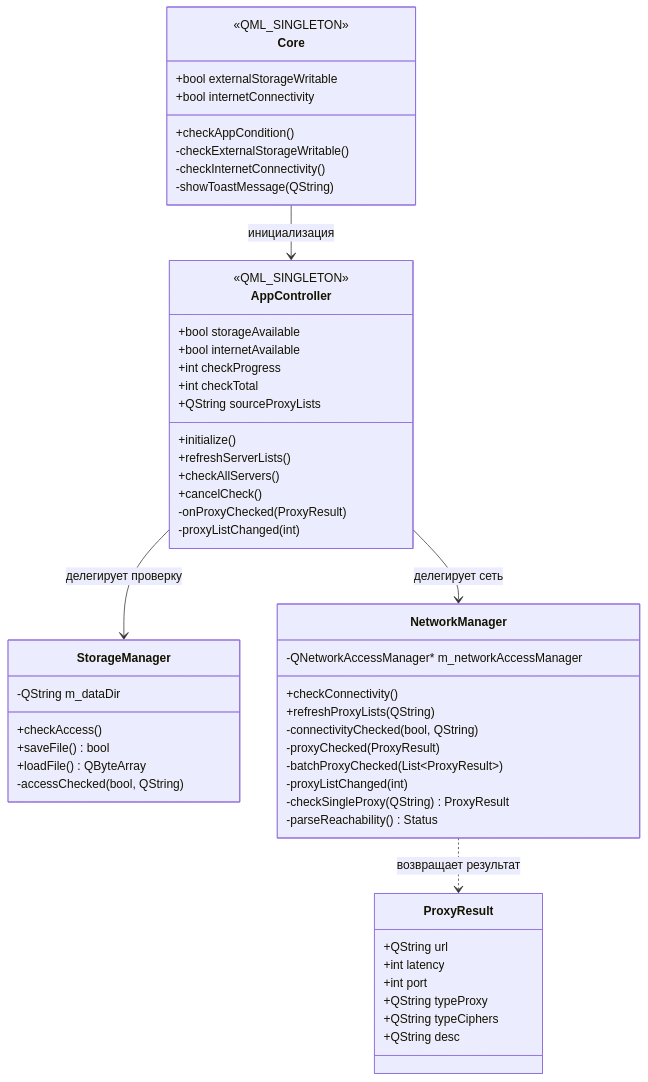
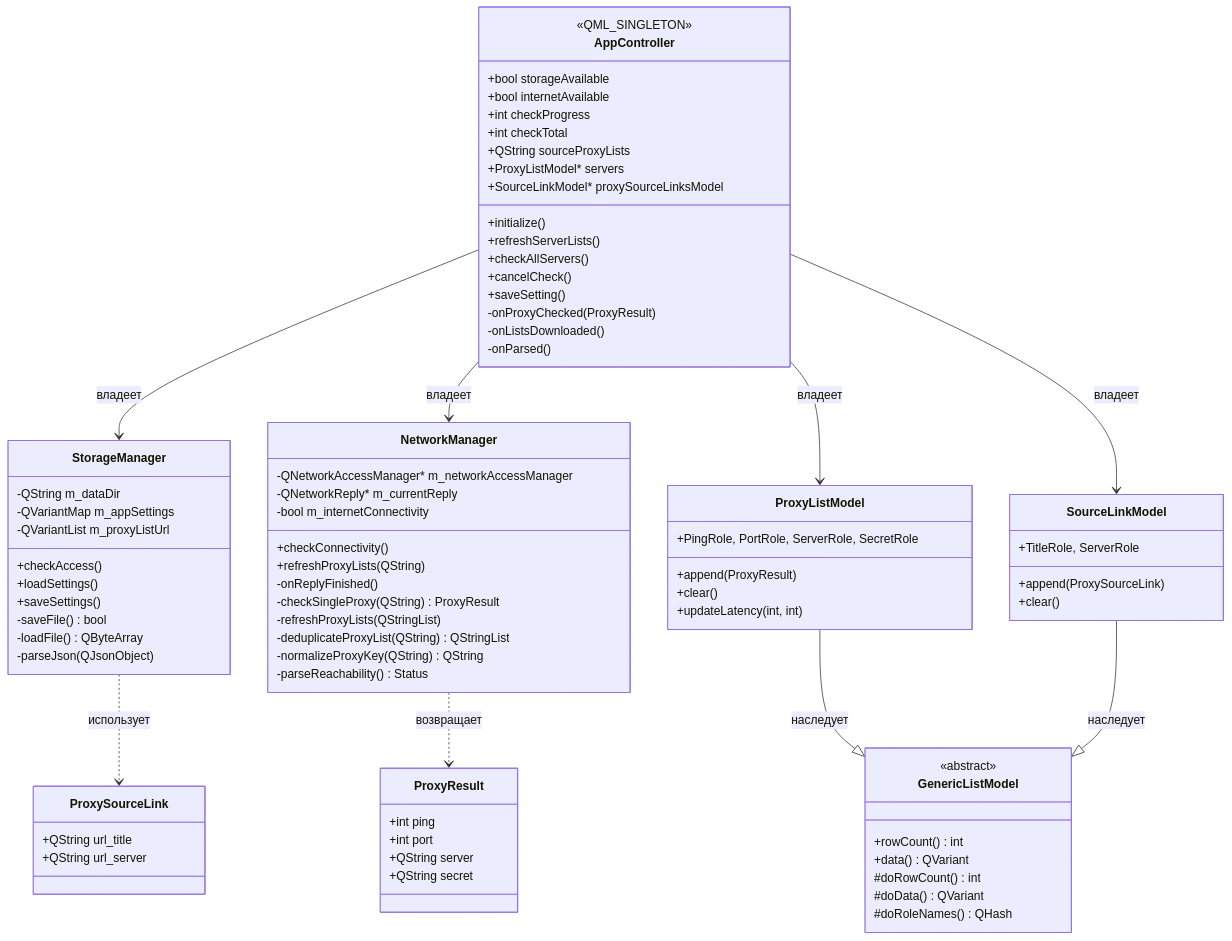
The first of 2 diagrams in docs/audit_core_plugin.md (ZanyXDev/MTProxyInspector), drawn with Mermaid before and after one commit. The commit also changed other lines of this file and 4 other files, not shown here.

````diff
--- a/docs/audit_core_plugin.md
+++ b/docs/audit_core_plugin.md
@@ -14,15 +14,5 @@
 ```mermaid
 classDiagram
-    class Core {
-        <<QML_SINGLETON>>
-        +bool externalStorageWritable
-        +bool internetConnectivity
-        +checkAppCondition()
-        -checkExternalStorageWritable()
-        -checkInternetConnectivity()
-        -showToastMessage(QString)
-    }
-
     class AppController {
         <<QML_SINGLETON>>
         +bool storageAvailable
@@ -30,45 +20,84 @@
         +int checkProgress
         +int checkTotal
         +QString sourceProxyLists
+        +ProxyListModel* servers
+        +SourceLinkModel* proxySourceLinksModel
         +initialize()
         +refreshServerLists()
         +checkAllServers()
         +cancelCheck()
+        +saveSetting()
         -onProxyChecked(ProxyResult)
-        -proxyListChanged(int)
+        -onListsDownloaded()
+        -onParsed()
     }
 
     class StorageManager {
         -QString m_dataDir
+        -QVariantMap m_appSettings
+        -QVariantList m_proxyListUrl
         +checkAccess()
-        +saveFile() bool
-        +loadFile() QByteArray
-        -accessChecked(bool, QString)
+        +loadSettings()
+        +saveSettings()
+        -saveFile() bool
+        -loadFile() QByteArray
+        -parseJson(QJsonObject)
     }
 
     class NetworkManager {
         -QNetworkAccessManager* m_networkAccessManager
+        -QNetworkReply* m_currentReply
+        -bool m_internetConnectivity
         +checkConnectivity()
         +refreshProxyLists(QString)
-        -connectivityChecked(bool, QString)
-        -proxyChecked(ProxyResult)
-        -batchProxyChecked(List~ProxyResult~)
-        -proxyListChanged(int)
+        -onReplyFinished()
         -checkSingleProxy(QString) ProxyResult
+        -refreshProxyLists(QStringList)
+        -deduplicateProxyList(QString) QStringList
+        -normalizeProxyKey(QString) QString
         -parseReachability() Status
     }
 
-    class ProxyResult {
-        +QString url
-        +int latency
-        +int port
-        +QString typeProxy
-        +QString typeCiphers
-        +QString desc
+    class GenericListModel {
+        <<abstract>>
+        +rowCount() int
+        +data() QVariant
+        #doRowCount() int
+        #doData() QVariant
+        #doRoleNames() QHash
     }
 
-    Core --> AppController : инициализация
-    AppController --> StorageManager : делегирует проверку
-    AppController --> NetworkManager : делегирует сеть
-    NetworkManager ..> ProxyResult : возвращает результат
+    class ProxyListModel {
+        +append(ProxyResult)
+        +clear()
+        +updateLatency(int, int)
+        +PingRole, PortRole, ServerRole, SecretRole
+    }
+
+    class SourceLinkModel {
+        +append(ProxySourceLink)
+        +clear()
+        +TitleRole, ServerRole
+    }
+
+    class ProxyResult {
+        +int ping
+        +int port
+        +QString server
+        +QString secret
+    }
+
+    class ProxySourceLink {
+        +QString url_title
+        +QString url_server
+    }
+
+    AppController --> StorageManager : владеет
+    AppController --> NetworkManager : владеет
+    AppController --> ProxyListModel : владеет
+    AppController --> SourceLinkModel : владеет
+    ProxyListModel --|> GenericListModel : наследует
+    SourceLinkModel --|> GenericListModel : наследует
+    NetworkManager ..> ProxyResult : возвращает
+    StorageManager ..> ProxySourceLink : использует
 ```
````
